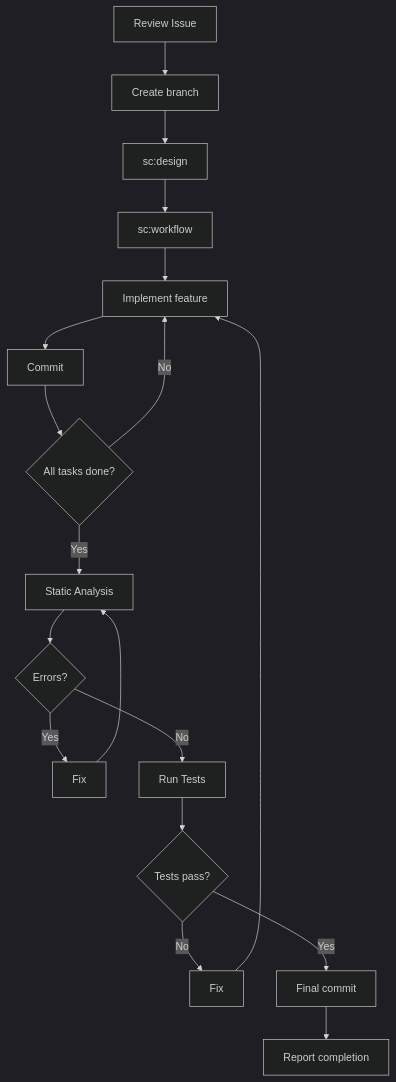
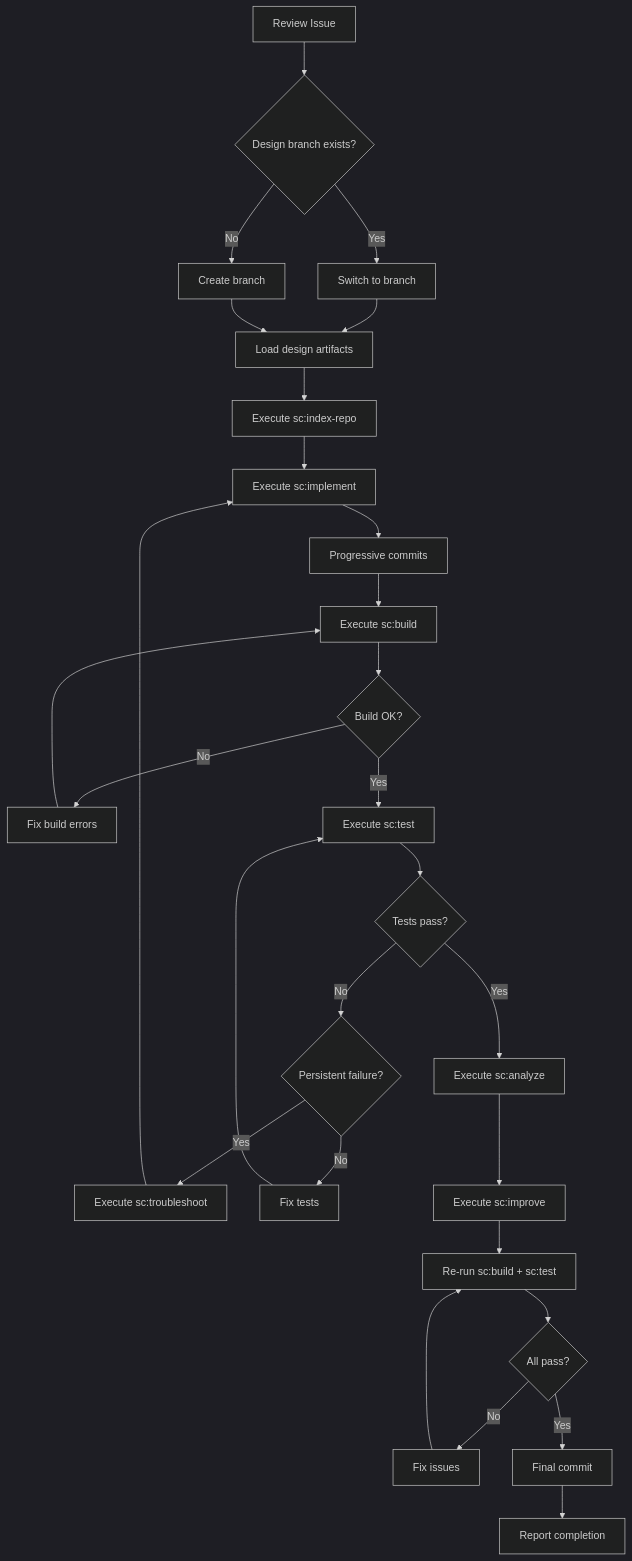
The diagram in .claude/skills/implement/SKILL.md (TE-ToshiakiTanaka2/tarnished), drawn with Mermaid (dark theme) before and after one commit. The commit also changed other lines of this file and 1 other file, not shown here.

First line of the commit message:
refactor: rewrite implement skill with full SuperClaude integration

````diff
--- a/.claude/skills/implement/SKILL.md
+++ b/.claude/skills/implement/SKILL.md
@@ -92,20 +178,30 @@
 ```mermaid
 graph TD
-    A[Review Issue] --> B[Create branch]
-    B --> C[sc:design]
-    C --> D[sc:workflow]
-    D --> E[Implement feature]
-    E --> F[Commit]
-    F --> G{All tasks done?}
-    G -->|No| E
-    G -->|Yes| H[Static Analysis]
-    H --> I{Errors?}
-    I -->|Yes| J[Fix]
+    A[Review Issue] --> B{Design branch exists?}
+    B -->|Yes| C[Switch to branch]
+    B -->|No| C2[Create branch]
+    C --> D[Load design artifacts]
+    C2 --> D
+    D --> E[Execute sc:index-repo]
+    E --> F[Execute sc:implement]
+    F --> G[Progressive commits]
+    G --> H[Execute sc:build]
+    H --> I{Build OK?}
+    I -->|No| J[Fix build errors]
     J --> H
-    I -->|No| K[Run Tests]
+    I -->|Yes| K[Execute sc:test]
     K --> L{Tests pass?}
-    L -->|No| M[Fix]
-    M --> E
-    L -->|Yes| N[Final commit]
-    N --> O[Report completion]
+    L -->|No| M{Persistent failure?}
+    M -->|Yes| N[Execute sc:troubleshoot]
+    N --> F
+    M -->|No| O[Fix tests]
+    O --> K
+    L -->|Yes| P[Execute sc:analyze]
+    P --> Q[Execute sc:improve]
+    Q --> R[Re-run sc:build + sc:test]
+    R --> S{All pass?}
+    S -->|No| T[Fix issues]
+    T --> R
+    S -->|Yes| U[Final commit]
+    U --> V[Report completion]
 ```
````
